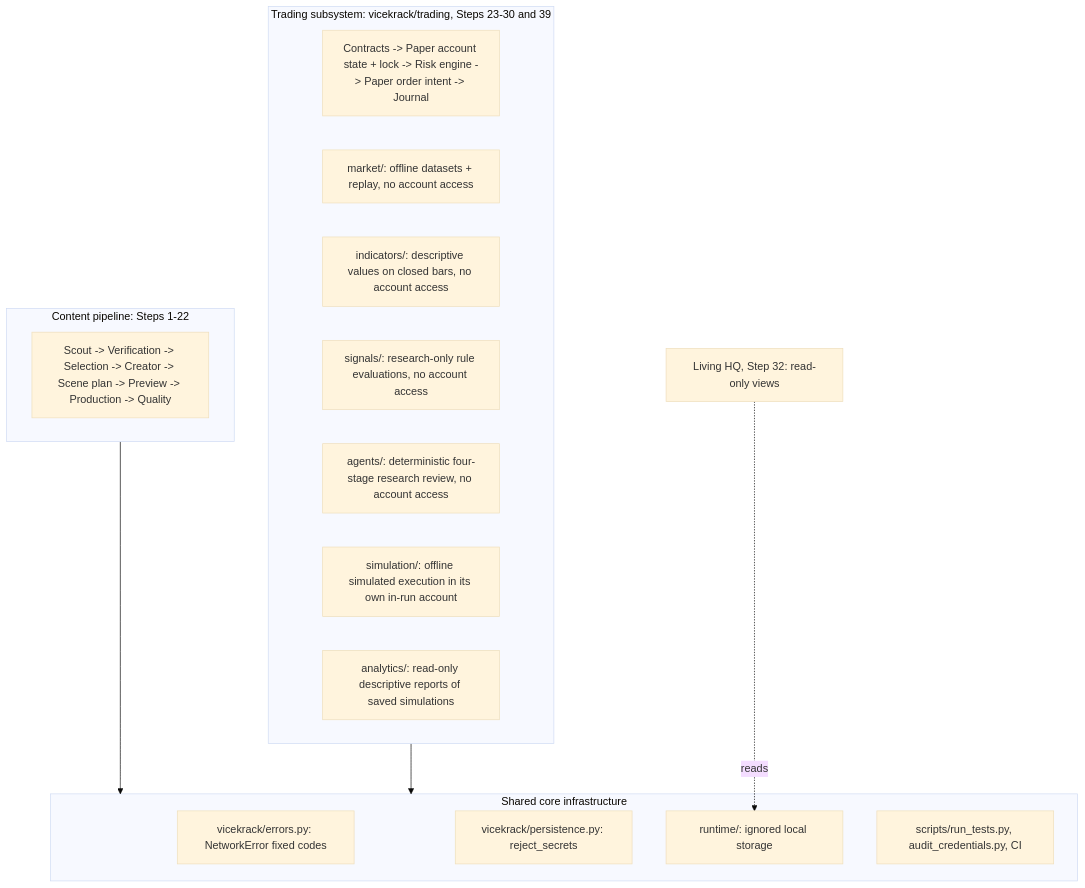
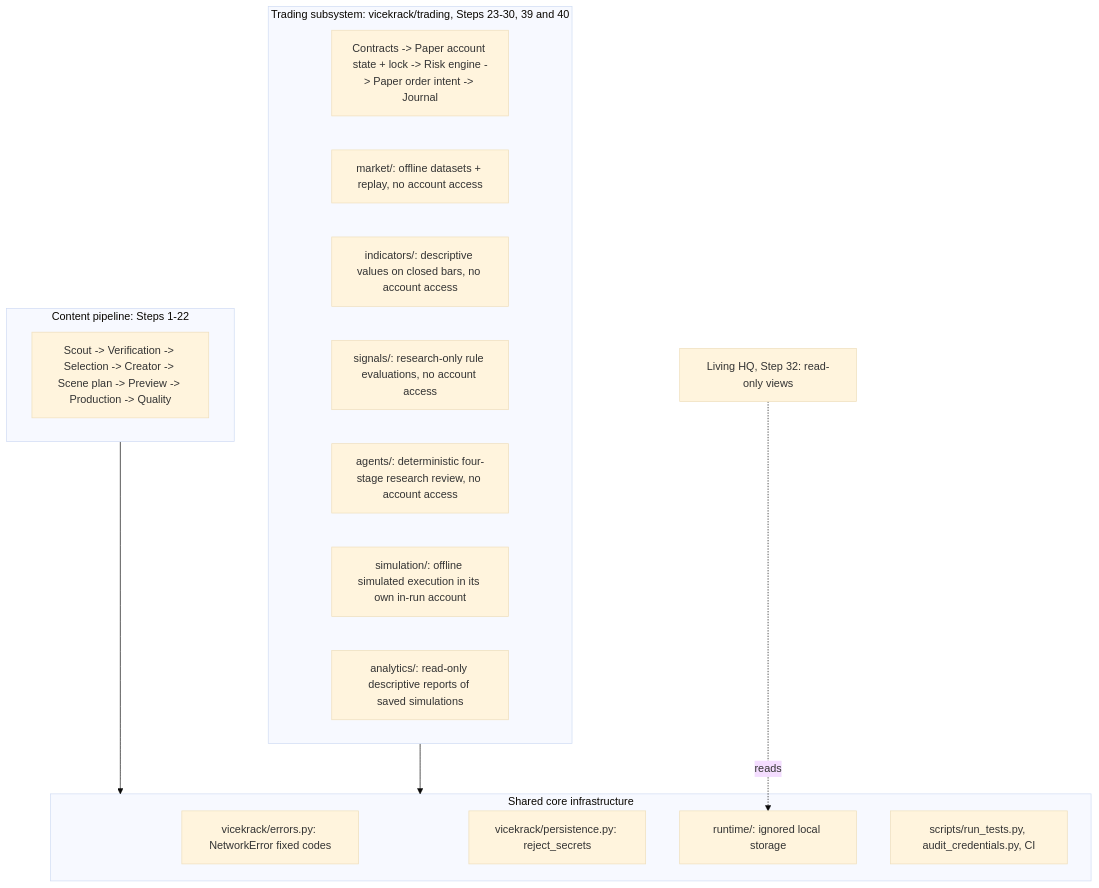
The diagram in docs/subsystems.md (richburtonjr-pixel/-Vicekrack-agent-network), drawn with Mermaid (base theme) before and after one commit. The commit also changed other lines of this file and 44 other files, not shown here.

````diff
--- a/docs/subsystems.md
+++ b/docs/subsystems.md
@@ -6,25 +6,25 @@
 ```mermaid
 flowchart TB
     subgraph Core[Shared core infrastructure]
         E[vicekrack/errors.py: NetworkError fixed codes]
         P[vicekrack/persistence.py: reject_secrets]
         R[runtime/: ignored local storage]
         CI[scripts/run_tests.py, audit_credentials.py, CI]
     end
     subgraph Content[Content pipeline: Steps 1-22]
         C1[Scout -> Verification -> Selection -> Creator -> Scene plan -> Preview -> Production -> Quality]
     end
-    subgraph Trading[Trading subsystem: vicekrack/trading, Steps 23-30 and 39]
+    subgraph Trading[Trading subsystem: vicekrack/trading, Steps 23-30, 39 and 40]
         T1[Contracts -> Paper account state + lock -> Risk engine -> Paper order intent -> Journal]
         T2[market/: offline datasets + replay, no account access]
         T3[indicators/: descriptive values on closed bars, no account access]
         T4[signals/: research-only rule evaluations, no account access]
         T5[agents/: deterministic four-stage research review, no account access]
         T6[simulation/: offline simulated execution in its own in-run account]
         T7[analytics/: read-only descriptive reports of saved simulations]
     end
     CC[Living HQ, Step 32: read-only views]
     Content --> Core
     Trading --> Core
     CC -. reads .-> R
 ```
````
